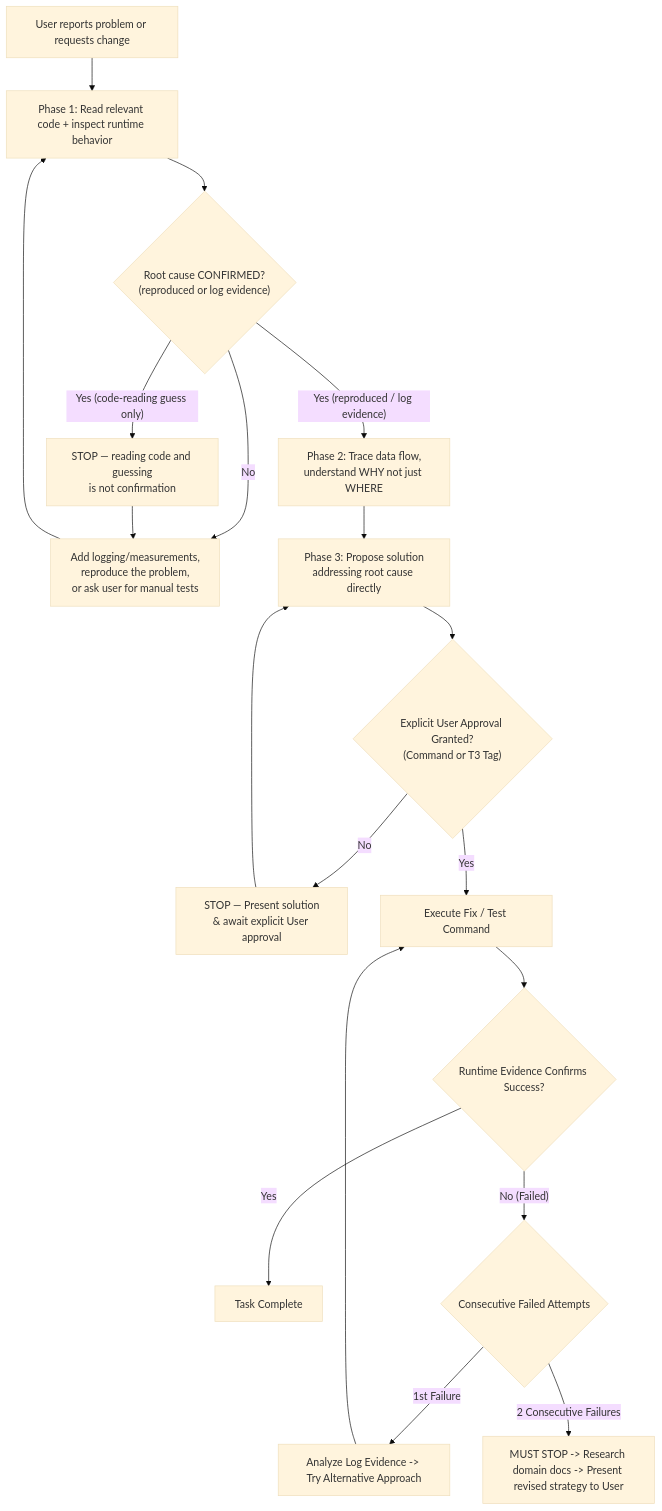
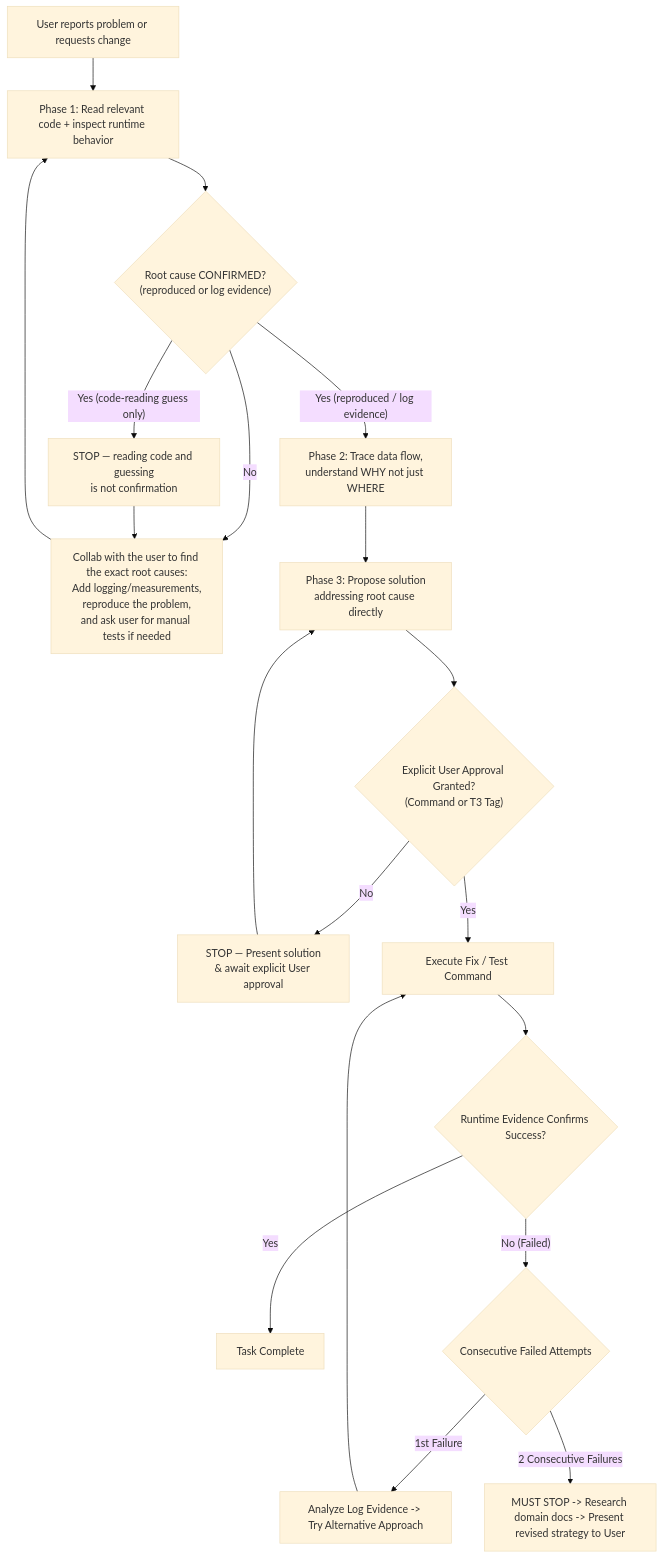
The eighth of 9 diagrams in AGENTS.md (loerei/myskills), drawn with Mermaid (base theme) before and after one commit. The commit also changed 1 other file, not shown here.

Commit message:
docs(policy): update Instrument node text to emphasize user collaboration for root cause discovery

````diff
--- a/AGENTS.md
+++ b/AGENTS.md
@@ -255,21 +255,21 @@
 ```mermaid
 flowchart TD
     Trigger["User reports problem or requests change"] --> Phase1["Phase 1: Read relevant code + inspect runtime behavior"]
     Phase1 --> Confirmed{"Root cause CONFIRMED?<br/>(reproduced or log evidence)"}
-    Confirmed -->|"No"| Instrument["Add logging/measurements,<br/>reproduce the problem,<br/>or ask user for manual tests"]
+    Confirmed -->|"No"| Instrument["Collab with the user to find the exact root causes:<br/>Add logging/measurements,<br/>reproduce the problem,<br/>and ask user for manual tests if needed"]
     Instrument --> Phase1
     Confirmed -->|"Yes (code-reading guess only)"| Block["STOP — reading code and guessing<br/>is not confirmation"]
     Block --> Instrument
     Confirmed -->|"Yes (reproduced / log evidence)"| Phase2["Phase 2: Trace data flow,<br/>understand WHY not just WHERE"]
     Phase2 --> Phase3["Phase 3: Propose solution<br/>addressing root cause directly"]
     Phase3 --> ApprovalCheck{"Explicit User Approval Granted?<br/>(Command or T3 Tag)"}
     ApprovalCheck -->|"No"| StopApproval["STOP — Present solution<br/>& await explicit User approval"]
     StopApproval --> Phase3
     ApprovalCheck -->|"Yes"| ExecAttempt["Execute Fix / Test Command"]
     ExecAttempt --> CheckEvidence{"Runtime Evidence Confirms Success?"}
     CheckEvidence -->|"Yes"| Pass["Task Complete"]
     CheckEvidence -->|"No (Failed)"| CountCheck{"Consecutive Failed Attempts"}
     CountCheck -->|"1st Failure"| AnalyzeLog["Analyze Log Evidence -> Try Alternative Approach"]
     AnalyzeLog --> ExecAttempt
     CountCheck -->|"2 Consecutive Failures"| MustStop["MUST STOP -> Research domain docs -> Present revised strategy to User"]
 ```
````
